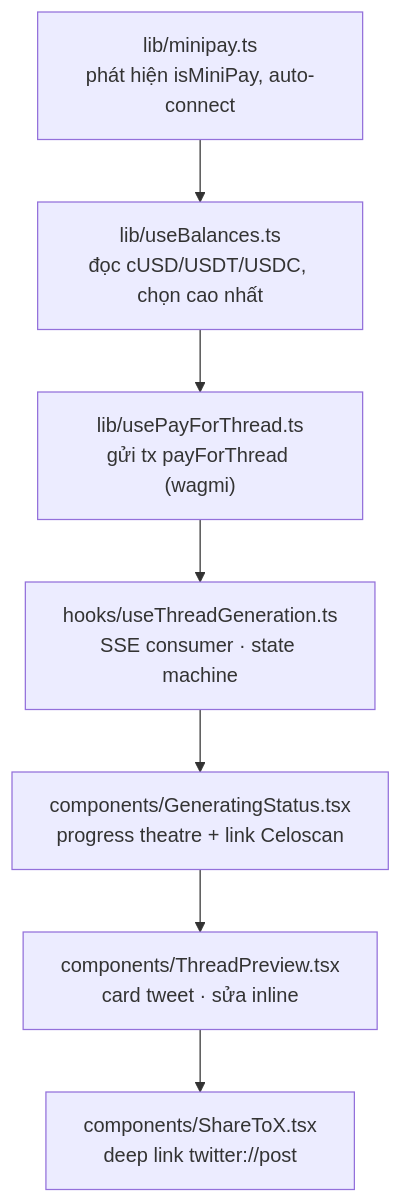
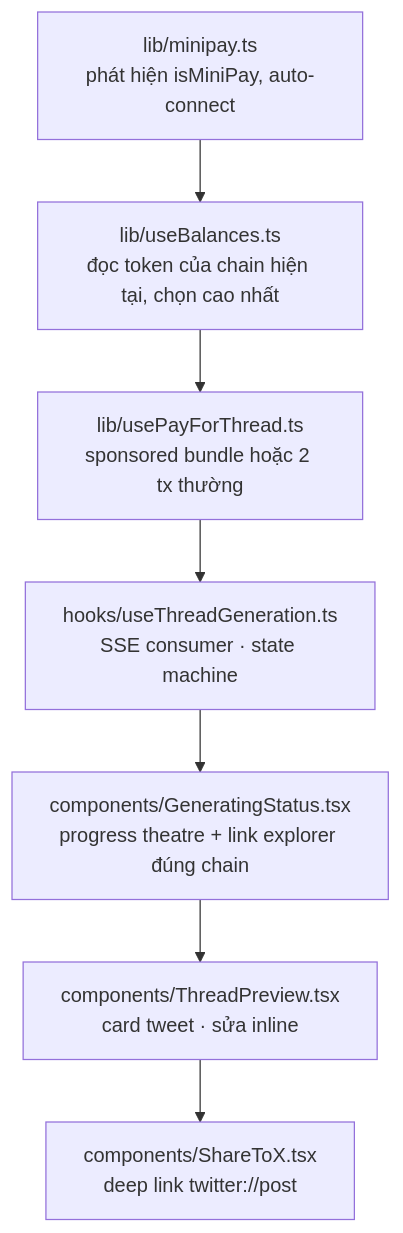
The eighth of 13 diagrams in docs/ARCHITECTURE.md (hms1499/shippost), drawn with Mermaid before and after one commit. The commit also changed other lines of this file and 8 other files, not shown here.

````diff
--- a/docs/ARCHITECTURE.md
+++ b/docs/ARCHITECTURE.md
@@ -281,9 +301,9 @@
 ```mermaid
 flowchart TB
-    m["lib/minipay.ts<br/>phát hiện isMiniPay, auto-connect"] --> b["lib/useBalances.ts<br/>đọc cUSD/USDT/USDC, chọn cao nhất"]
-    b --> p["lib/usePayForThread.ts<br/>gửi tx payForThread (wagmi)"]
+    m["lib/minipay.ts<br/>phát hiện isMiniPay, auto-connect"] --> b["lib/useBalances.ts<br/>đọc token của chain hiện tại, chọn cao nhất"]
+    b --> p["lib/usePayForThread.ts<br/>sponsored bundle hoặc 2 tx thường"]
     p --> h["hooks/useThreadGeneration.ts<br/>SSE consumer · state machine"]
-    h --> g["components/GeneratingStatus.tsx<br/>progress theatre + link Celoscan"]
+    h --> g["components/GeneratingStatus.tsx<br/>progress theatre + link explorer đúng chain"]
     g --> t["components/ThreadPreview.tsx<br/>card tweet · sửa inline"]
     t --> x["components/ShareToX.tsx<br/>deep link twitter://post"]
 ```
````
